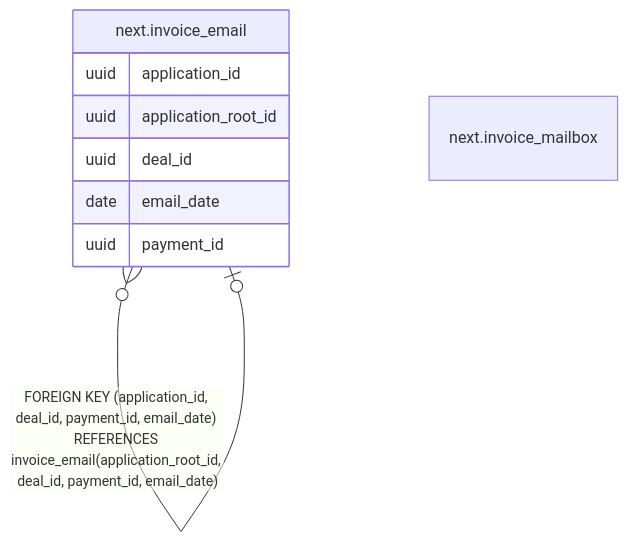
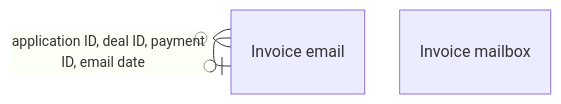
Before and after one commit to DoctorCRE/doctorcre-engine: the diagram in docs/database/tables/viewpoint-invoices.md, drawn with Mermaid. The commit also changed other lines of this file and 29 other files, not shown here.

````diff
--- a/docs/database/tables/viewpoint-invoices.md
+++ b/docs/database/tables/viewpoint-invoices.md
@@ -16,15 +3,13 @@
 ```mermaid
+---
+config:
+  layout: elk
+  er:
+    nodeSpacing: 22
+    rankSpacing: 44
+---
 erDiagram
-
-"next.invoice_email" }o--o| "next.invoice_email" : "FOREIGN KEY (application_id, deal_id, payment_id, email_date) REFERENCES invoice_email(application_root_id, deal_id, payment_id, email_date)"
-
-"next.invoice_email" {
-  uuid application_id
-  uuid application_root_id
-  uuid deal_id
-  date email_date
-  uuid payment_id
-}
-"next.invoice_mailbox" {
-}
+  "Invoice email"
+  "Invoice mailbox"
+  "Invoice email" }o--o| "Invoice email" : "application ID, deal ID, payment ID, email date#160;#160;#160;#160;"
 ```
````
